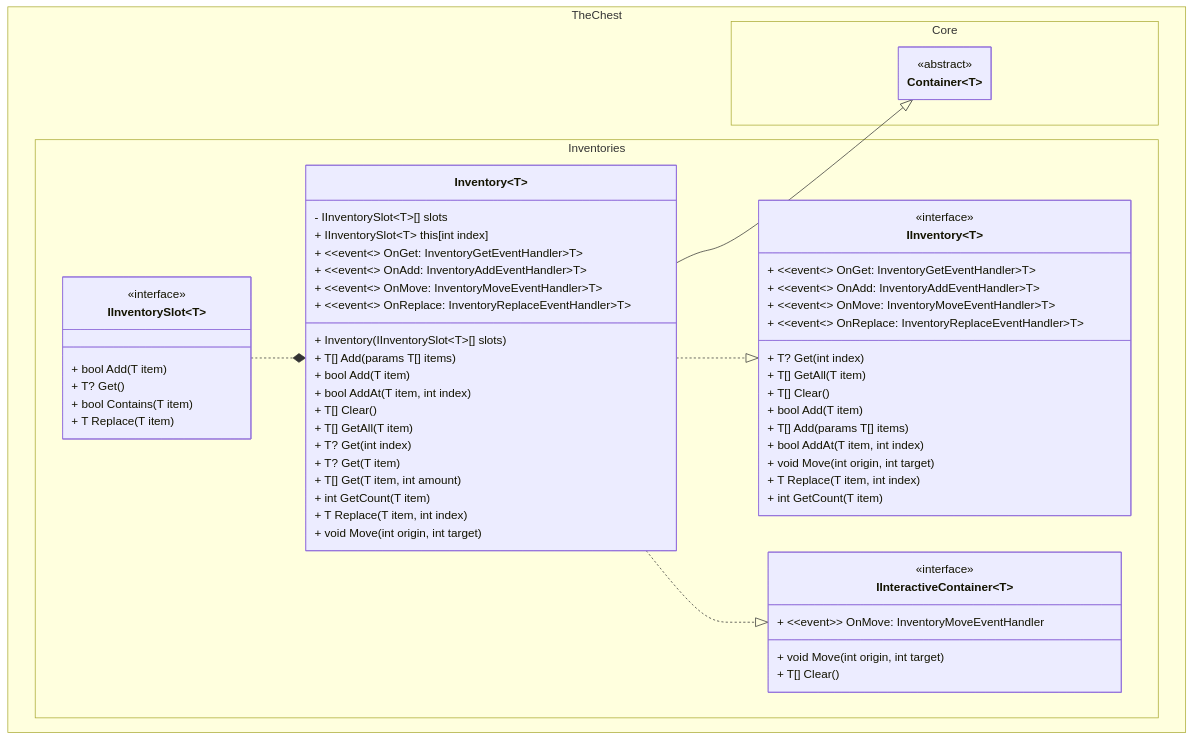
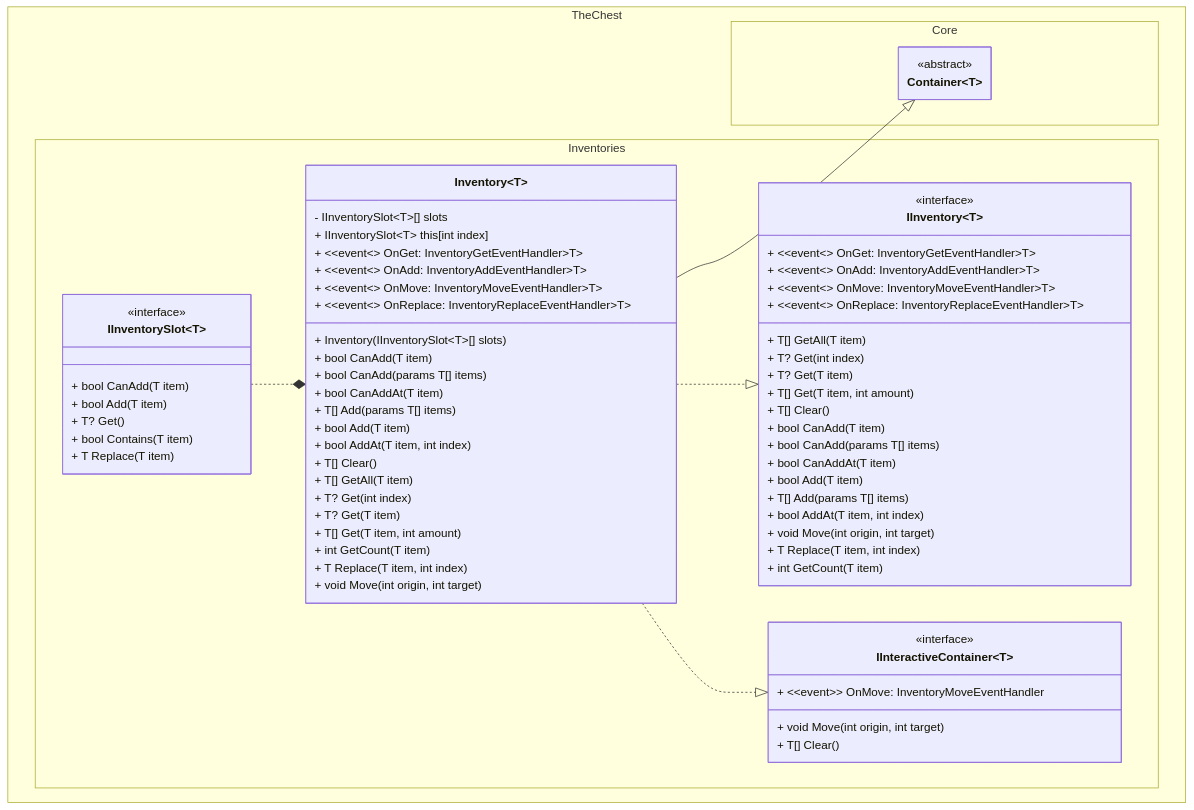
Before and after one commit to The-Chest/TheChest.Inventories: the first of 2 diagrams in docs/inventory/class_diagram.md, drawn with Mermaid. The commit also changed other lines of this file and 8 other files, not shown here.

```diff
--- a/docs/inventory/class_diagram.md
+++ b/docs/inventory/class_diagram.md
@@ -21,17 +21,30 @@
 	        + ~~event~~ OnAdd: InventoryAddEventHandler~T~ 
 	        + ~~event~~ OnMove: InventoryMoveEventHandler~T~ 
 	        + ~~event~~ OnReplace: InventoryReplaceEventHandler~T~ 
-            + T? Get(int index)
+
 	        + T[] GetAll(T item)
+	        + T? Get(int index)
+	        + T? Get(T item)
+	        + T[] Get(T item, int amount)
+
 	        + T[] Clear()
+
+	        + bool CanAdd(T item)
+	        + bool CanAdd(params T[] items)
+	        + bool CanAddAt(T item)
+
 	        + bool Add(T item)
 	        + T[] Add(params T[] items)
 	        + bool AddAt(T item, int index)
+
 	        + void Move(int origin, int target)
+
 	        + T Replace(T item, int index)
+
 	        + int GetCount(T item)
         }
         class IInventorySlot~T~ {
+	        + bool CanAdd(T item)
 	        + bool Add(T item)
 	        + T? Get()
 	        + bool Contains(T item)
@@ -45,16 +58,26 @@
 	        + ~~event~~ OnMove: InventoryMoveEventHandler~T~ 
 	        + ~~event~~ OnReplace: InventoryReplaceEventHandler~T~ 
 	        + Inventory(IInventorySlot~T~[] slots)
+
+			+ bool CanAdd(T item)
+	        + bool CanAdd(params T[] items)
+	        + bool CanAddAt(T item)
+
             + T[] Add(params T[] items)
 	        + bool Add(T item)
 	        + bool AddAt(T item, int index)
+
 	        + T[] Clear()
+
 	        + T[] GetAll(T item)
 	        + T? Get(int index)
 	        + T? Get(T item)
 	        + T[] Get(T item, int amount)
+
 	        + int GetCount(T item)
+
 	        + T Replace(T item, int index)
+
 	        + void Move(int origin, int target)
         }
         class IInteractiveContainer~T~{
```
